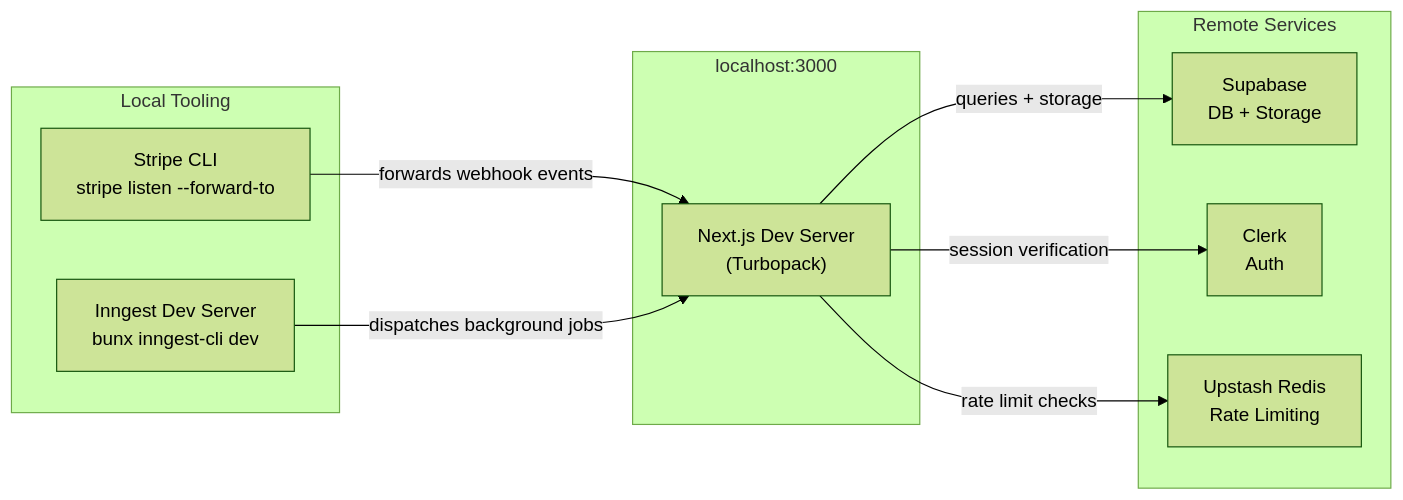
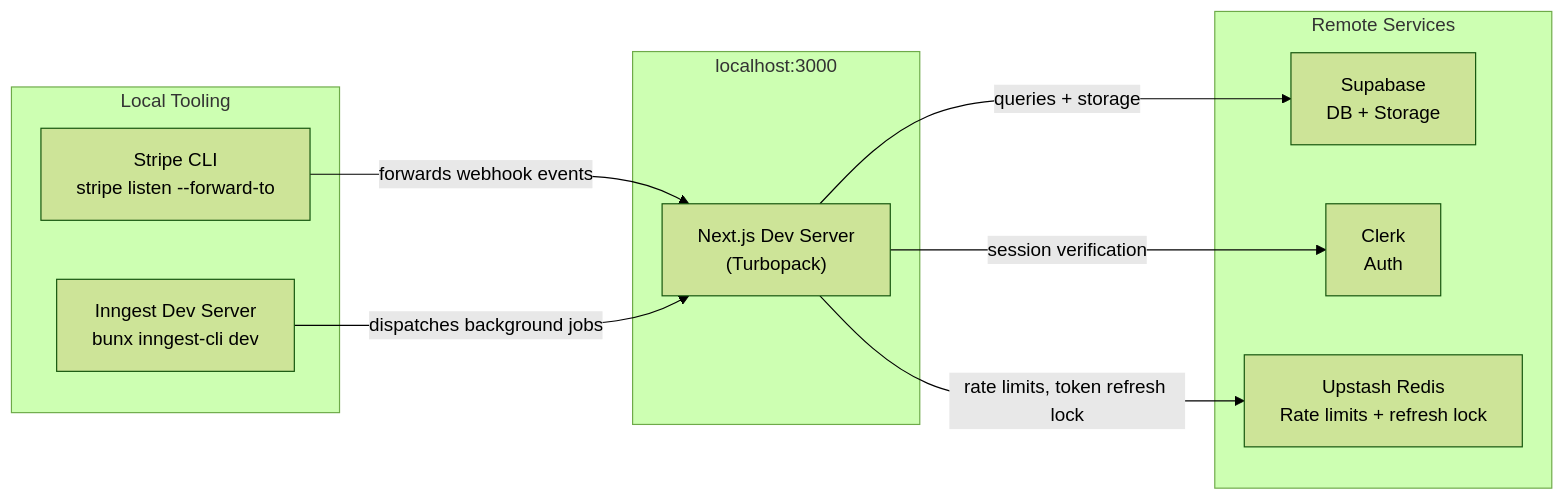
Before and after one commit to Andy00L/sharetopus: the diagram in docs/DEVELOPMENT.md, drawn with Mermaid (forest theme). The commit also changed other lines of this file and 6 other files, not shown here.

First line of the commit message:
fix(tokens): refresh each account once, under a Redis lock

````diff
--- a/docs/DEVELOPMENT.md
+++ b/docs/DEVELOPMENT.md
@@ -35,23 +35,23 @@
 ```mermaid
 graph LR
     subgraph Local["localhost:3000"]
         App["Next.js Dev Server<br/>(Turbopack)"]
     end
 
     subgraph Remote["Remote Services"]
         Supabase["Supabase<br/>DB + Storage"]
         Clerk["Clerk<br/>Auth"]
-        Upstash["Upstash Redis<br/>Rate Limiting"]
+        Upstash["Upstash Redis<br/>Rate limits + refresh lock"]
     end
 
     subgraph LocalTools["Local Tooling"]
         StripeCLI["Stripe CLI<br/>stripe listen --forward-to"]
         InngestDev["Inngest Dev Server<br/>bunx inngest-cli dev"]
     end
 
     App -->|"queries + storage"| Supabase
     App -->|"session verification"| Clerk
-    App -->|"rate limit checks"| Upstash
+    App -->|"rate limits, token refresh lock"| Upstash
     StripeCLI -->|"forwards webhook events"| App
     InngestDev -->|"dispatches background jobs"| App
 ```
````
